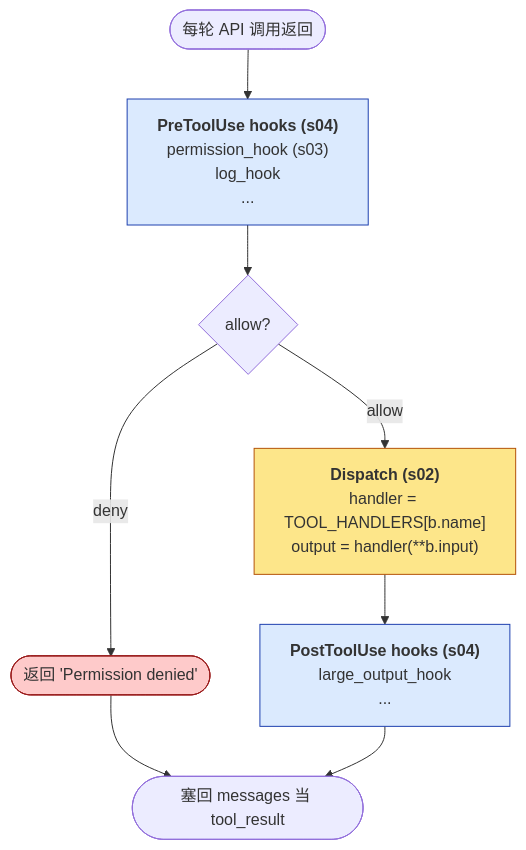
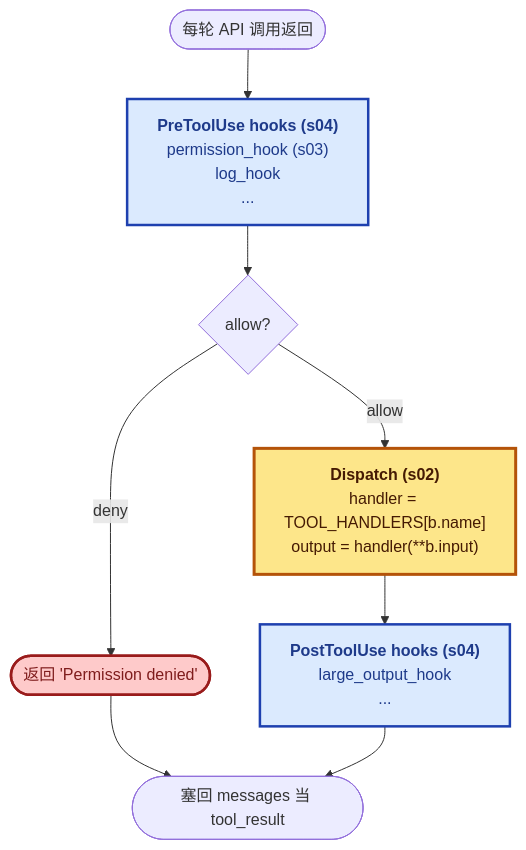
The second of 2 diagrams in Agent/Harness/Claude Code/Phase 1 - 基础机制/00 - 综合总结.md (PyrePuin/From-Zero-LLM-Agent-Infra-Notes), drawn with Mermaid before and after one commit. The commit also changed other lines of this file and 23 other files, not shown here.

First line of the commit message:
refactor(mermaid): 统一所有图的视觉规范

````diff
--- a/Agent/Harness/Claude Code/Phase 1 - 基础机制/00 - 综合总结.md
+++ b/Agent/Harness/Claude Code/Phase 1 - 基础机制/00 - 综合总结.md
@@ -99,19 +100,20 @@
 ```mermaid
+%%{init: {'themeVariables': {'fontSize': '16px', 'fontFamily': 'ui-sans-serif, system-ui, -apple-system, "Segoe UI", Roboto, sans-serif'}}}%%
 flowchart TD
     Start(["每轮 API 调用返回"])
     PreHook["<b>PreToolUse hooks (s04)</b><br/>permission_hook (s03)<br/>log_hook<br/>..."]
     Check{allow?}
     Dispatch["<b>Dispatch (s02)</b><br/>handler = TOOL_HANDLERS[b.name]<br/>output = handler(**b.input)"]
     PostHook["<b>PostToolUse hooks (s04)</b><br/>large_output_hook<br/>..."]
     Block(["塞回 messages 当 tool_result"])
     Deny(["返回 'Permission denied'"])
 
     Start --> PreHook --> Check
     Check -->|deny| Deny --> Block
     Check -->|allow| Dispatch --> PostHook --> Block
 
-    style PreHook fill:#dbeafe,stroke:#1e40af
-    style Dispatch fill:#fde68a,stroke:#b45309
-    style PostHook fill:#dbeafe,stroke:#1e40af
-    style Deny fill:#fecaca,stroke:#991b1b
+    style PreHook fill:#dbeafe,stroke:#1e40af,stroke-width:2.5px,color:#1e3a8a
+    style Dispatch fill:#fde68a,stroke:#b45309,stroke-width:3px,color:#451a03
+    style PostHook fill:#dbeafe,stroke:#1e40af,stroke-width:2.5px,color:#1e3a8a
+    style Deny fill:#fecaca,stroke:#991b1b,stroke-width:2.5px,color:#7f1d1d
 ```
````
